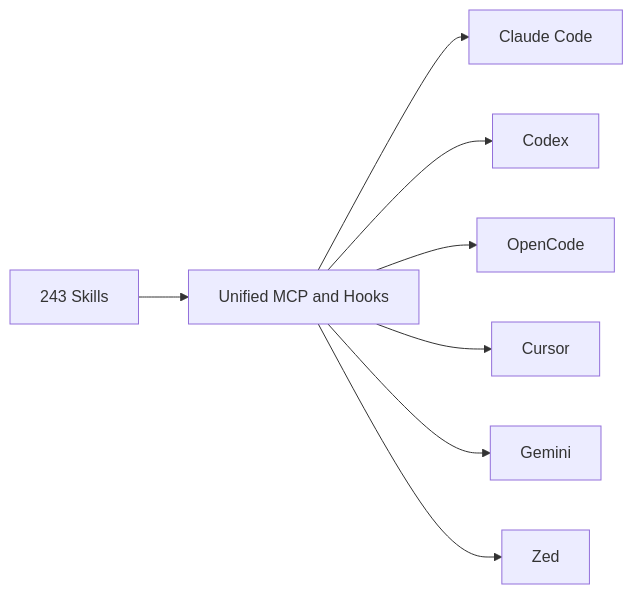
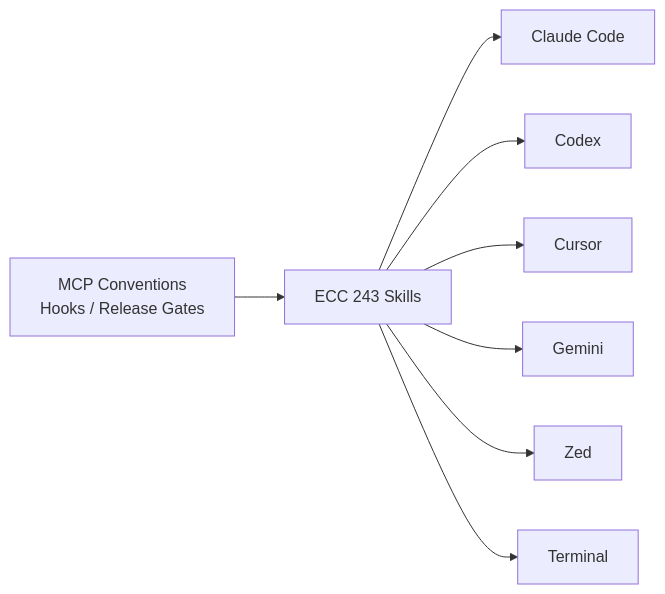
The first of 2 diagrams in 20-daily/2026-05-26.md (nick-xrex/ai-daily-content), drawn with Mermaid before and after one commit. The commit also changed other lines of this file and 130 other files, not shown here.

````diff
--- a/20-daily/2026-05-26.md
+++ b/20-daily/2026-05-26.md
@@ -25,10 +23,11 @@
 ```mermaid
-graph LR
-  Skills[243 Skills] --> MCP[Unified MCP and Hooks]
-  MCP --> CC[Claude Code]
-  MCP --> Codex
-  MCP --> OpenCode
-  MCP --> Cursor
-  MCP --> Gemini
-  MCP --> Zed
+flowchart LR
+    MCP[MCP Conventions
+Hooks / Release Gates] --> SK[ECC 243 Skills]
+    SK --> CC[Claude Code]
+    SK --> CX[Codex]
+    SK --> CR[Cursor]
+    SK --> GM[Gemini]
+    SK --> ZD[Zed]
+    SK --> TM[Terminal]
 ```
````
